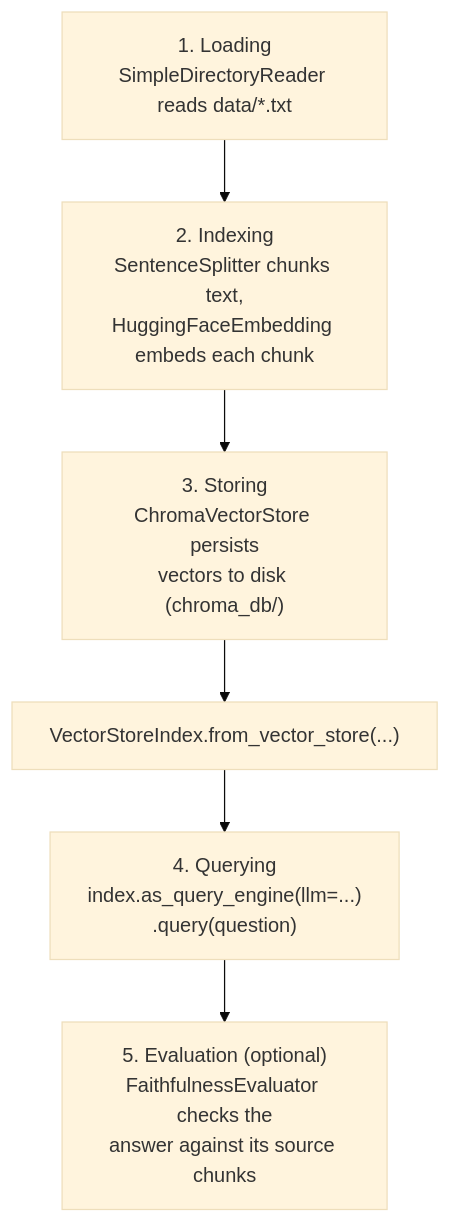
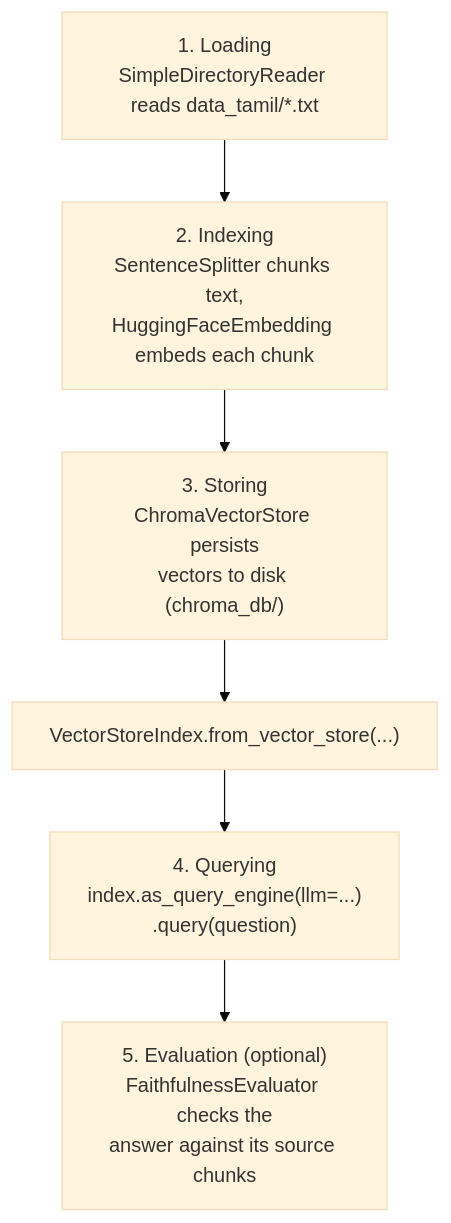
Before and after one commit to catgovind/HuggingFaceAgent: the diagram in src/huggingface_agent/llamaindex_course/components/README.md, drawn with Mermaid (base theme). The commit also changed other lines of this file and 5 other files, not shown here.

````diff
--- a/src/huggingface_agent/llamaindex_course/components/README.md
+++ b/src/huggingface_agent/llamaindex_course/components/README.md
@@ -20,8 +22,8 @@
 ```mermaid
 flowchart TD
-    A["1. Loading\nSimpleDirectoryReader reads data/*.txt"] --> B["2. Indexing\nSentenceSplitter chunks text,\nHuggingFaceEmbedding embeds each chunk"]
+    A["1. Loading\nSimpleDirectoryReader reads data_tamil/*.txt"] --> B["2. Indexing\nSentenceSplitter chunks text,\nHuggingFaceEmbedding embeds each chunk"]
     B --> C["3. Storing\nChromaVectorStore persists\nvectors to disk (chroma_db/)"]
     C --> D["VectorStoreIndex.from_vector_store(...)"]
     D --> E["4. Querying\nindex.as_query_engine(llm=...)\n.query(question)"]
     E --> F["5. Evaluation (optional)\nFaithfulnessEvaluator checks the\nanswer against its source chunks"]
 ```
````
